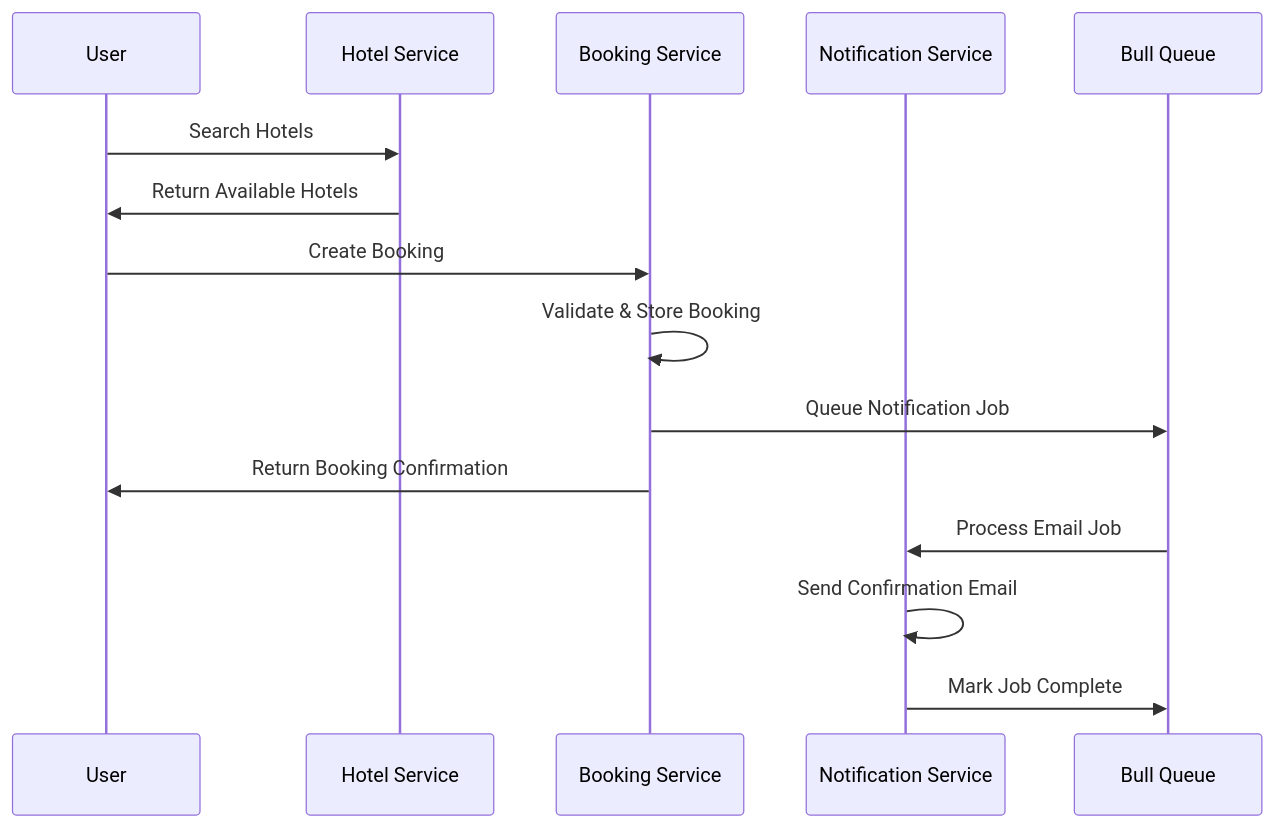
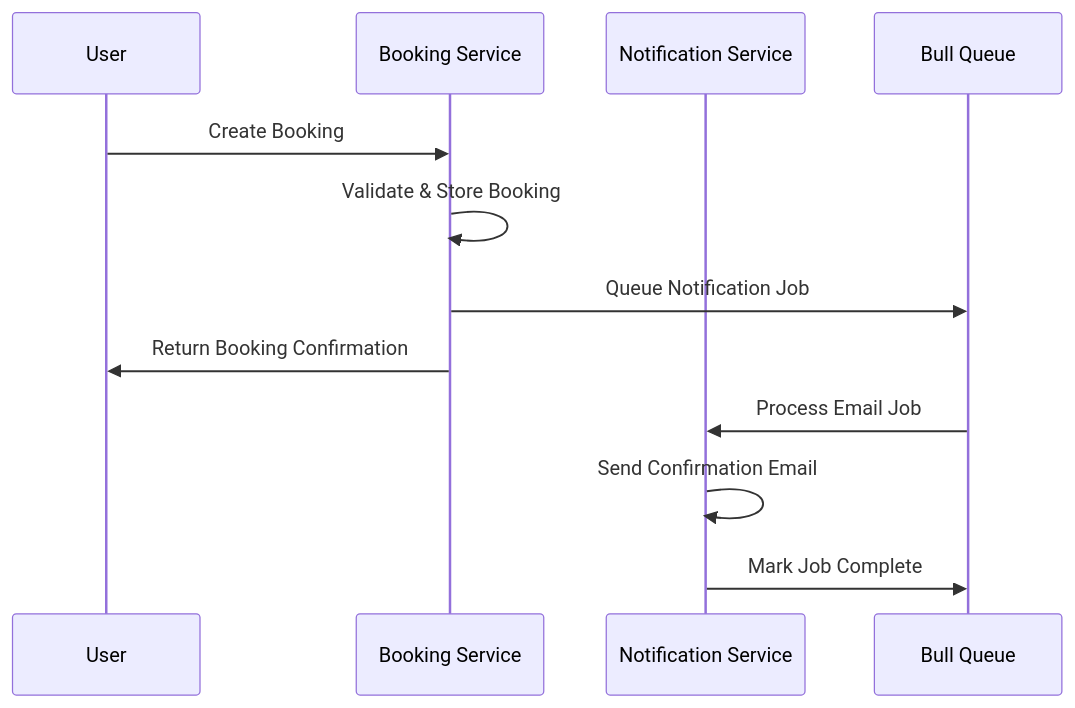
One commit to Jyotishmoy12/airbnb-booking-backend changed the second of 2 diagrams in README.md. Above: the diagram before and after it, drawn with Mermaid. The commit also changed other lines of this file, not shown here.

````diff
--- a/README.md
+++ b/README.md
@@ -69,20 +68,16 @@
 ```mermaid
 sequenceDiagram
     participant U as User
-    participant HS as Hotel Service
     participant BS as Booking Service
     participant NS as Notification Service
     participant Q as Bull Queue
 
-    U->>HS: Search Hotels
-    HS->>U: Return Available Hotels
-    
     U->>BS: Create Booking
     BS->>BS: Validate & Store Booking
     BS->>Q: Queue Notification Job
     BS->>U: Return Booking Confirmation
     
     Q->>NS: Process Email Job
     NS->>NS: Send Confirmation Email
     NS->>Q: Mark Job Complete
 ```
````
